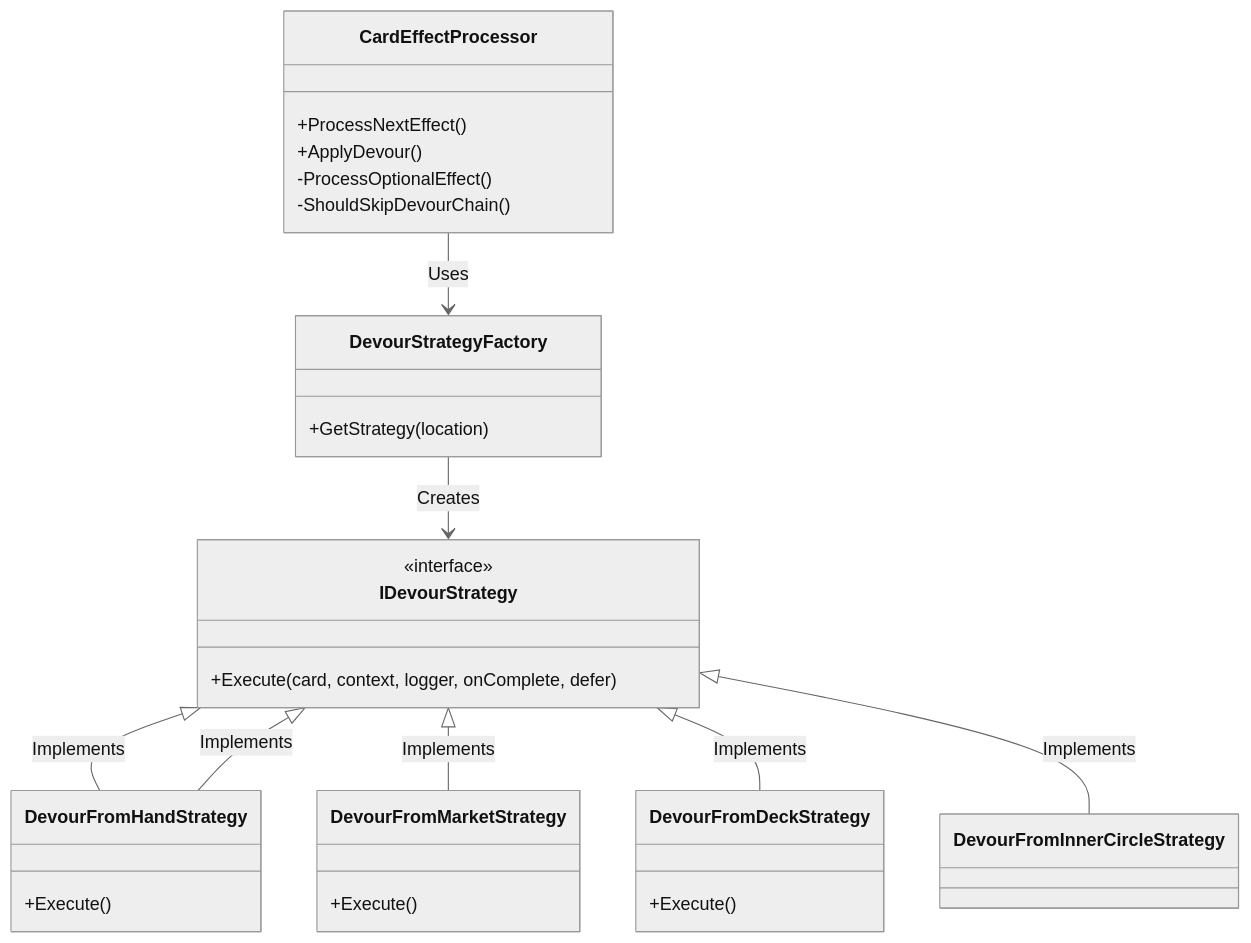
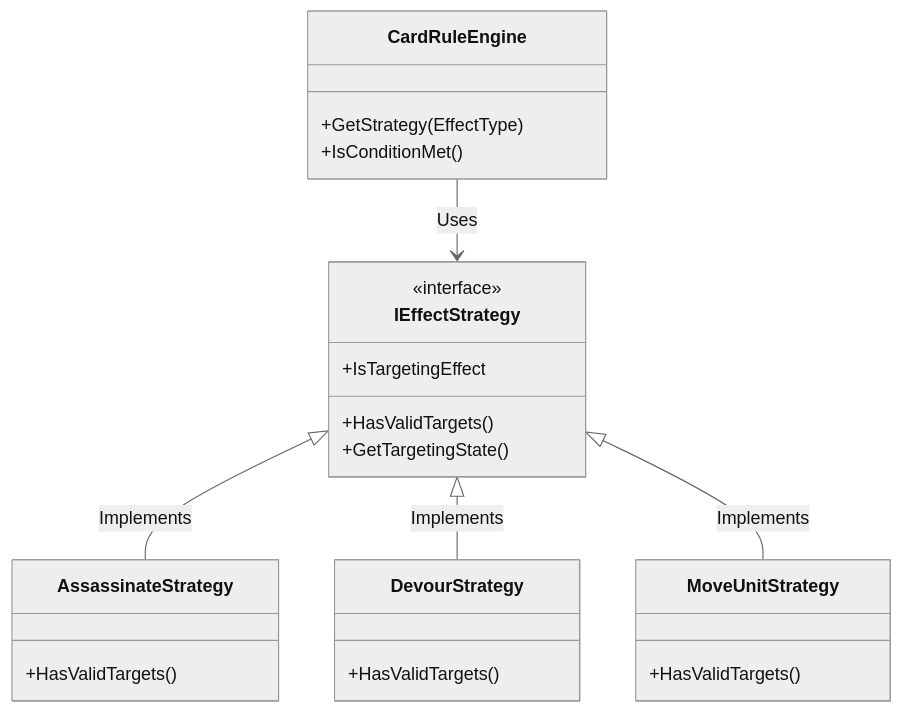
One commit to Itzoqq/ChaosWarlords changed diagram 17 of 24 in docs/game-logic-flow.md. Above: the diagram before and after it, drawn with Mermaid (neutral theme). The commit also changed other lines of this file and 3 other files, not shown here.

````diff
--- a/docs/game-logic-flow.md
+++ b/docs/game-logic-flow.md
@@ -646,33 +646,27 @@
 ```mermaid
 classDiagram
-    class CardEffectProcessor {
-        +ProcessNextEffect()
-        +ApplyDevour()
-        -ProcessOptionalEffect()
-        -ShouldSkipDevourChain()
+    class CardRuleEngine {
+        +GetStrategy(EffectType)
+        +IsConditionMet()
     }
-    class DevourStrategyFactory {
-        +GetStrategy(location)
+    class IEffectStrategy {
+        <<interface>>
+        +HasValidTargets()
+        +GetTargetingState()
+        +IsTargetingEffect
     }
-    class IDevourStrategy {
-        <<interface>>
-        +Execute(card, context, logger, onComplete, defer)
+    class AssassinateStrategy {
+        +HasValidTargets()
     }
-    class DevourFromHandStrategy {
-        +Execute()
+    class DevourStrategy {
+        +HasValidTargets()
     }
-    class DevourFromMarketStrategy {
-        +Execute()
-    }
-    class DevourFromDeckStrategy {
-        +Execute()
+    class MoveUnitStrategy {
+        +HasValidTargets()
     }
 
-    CardEffectProcessor --> DevourStrategyFactory : Uses
-    DevourStrategyFactory --> IDevourStrategy : Creates
-    IDevourStrategy <|-- DevourFromHandStrategy : Implements
-    IDevourStrategy <|-- DevourFromHandStrategy : Implements
-    IDevourStrategy <|-- DevourFromMarketStrategy : Implements
-    IDevourStrategy <|-- DevourFromDeckStrategy : Implements
-    IDevourStrategy <|-- DevourFromInnerCircleStrategy : Implements
+    CardRuleEngine --> IEffectStrategy : Uses
+    IEffectStrategy <|-- AssassinateStrategy : Implements
+    IEffectStrategy <|-- DevourStrategy : Implements
+    IEffectStrategy <|-- MoveUnitStrategy : Implements
 ```
````
